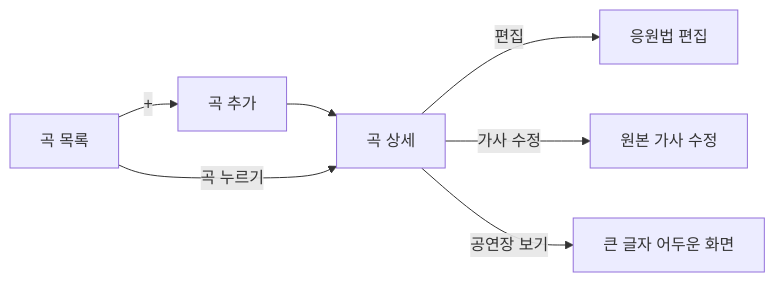
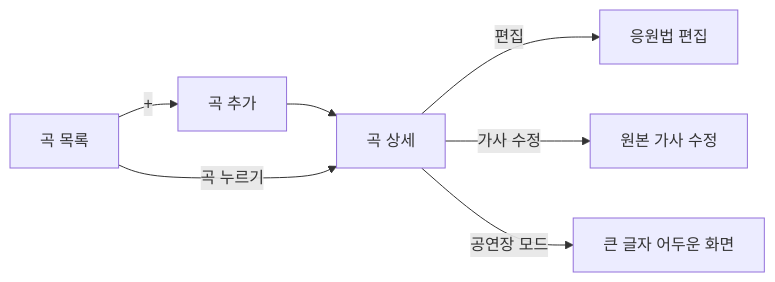
One commit to sansoll/my-favorites changed the sixth of 6 diagrams in STORYBOARD.md. Above: the diagram before and after it, drawn with Mermaid. The commit also changed other lines of this file and 1 other file, not shown here.

First line of the commit message:
Rename stage view to 공연장 모드 and limit it to cheer view

````diff
--- a/STORYBOARD.md
+++ b/STORYBOARD.md
@@ -441,9 +441,9 @@
 ```mermaid
 flowchart LR
     L[곡 목록] -- + --> N[곡 추가]
     N --> V[곡 상세]
     L -- 곡 누르기 --> V
     V -- 편집 --> E[응원법 편집]
     V -- 가사 수정 --> P[원본 가사 수정]
-    V -- 공연장 보기 --> B[큰 글자 어두운 화면]
+    V -- 공연장 모드 --> B[큰 글자 어두운 화면]
 ```
````
